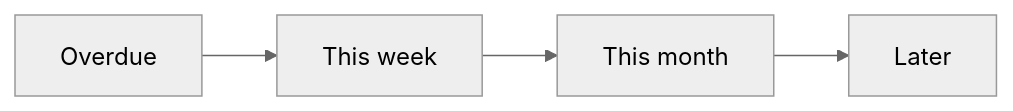
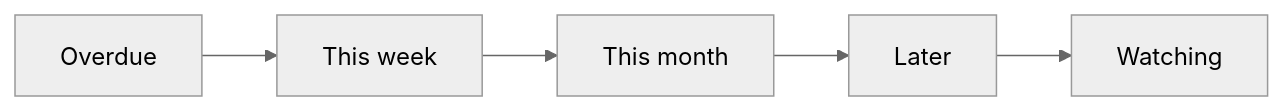
One commit to deodad/moe changed the fourth of 9 diagrams in vision.md. Above: the diagram before and after it, drawn with Mermaid (neutral theme). The commit also changed other lines of this file and 18 other files, not shown here.

````diff
--- a/vision.md
+++ b/vision.md
@@ -96,4 +96,4 @@
 ```mermaid
 flowchart LR
-    O[Overdue] --> W[This week] --> M[This month] --> L[Later]
+    O[Overdue] --> W[This week] --> M[This month] --> L[Later] --> G[Watching]
 ```
````
